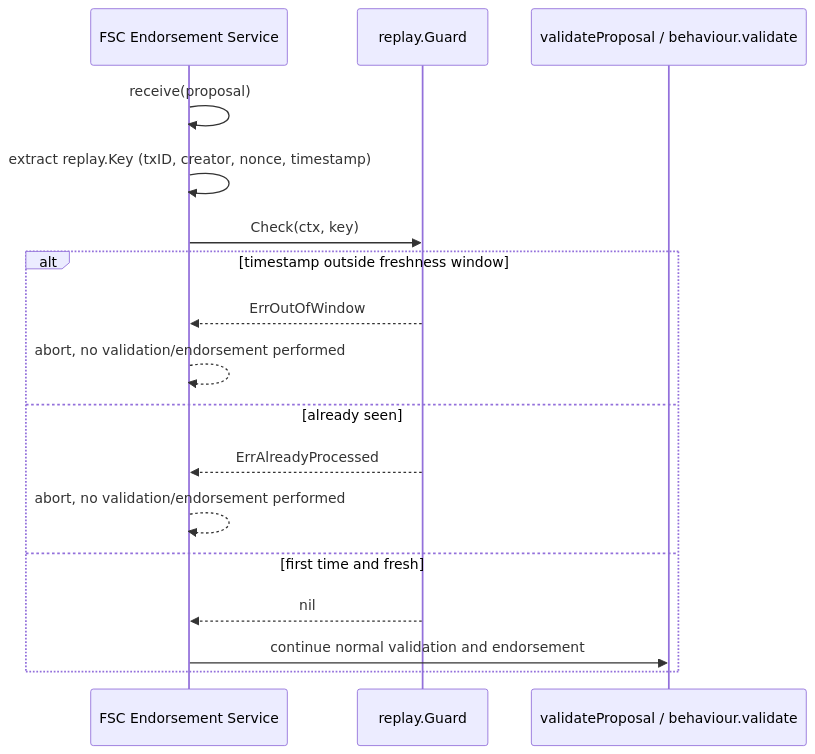
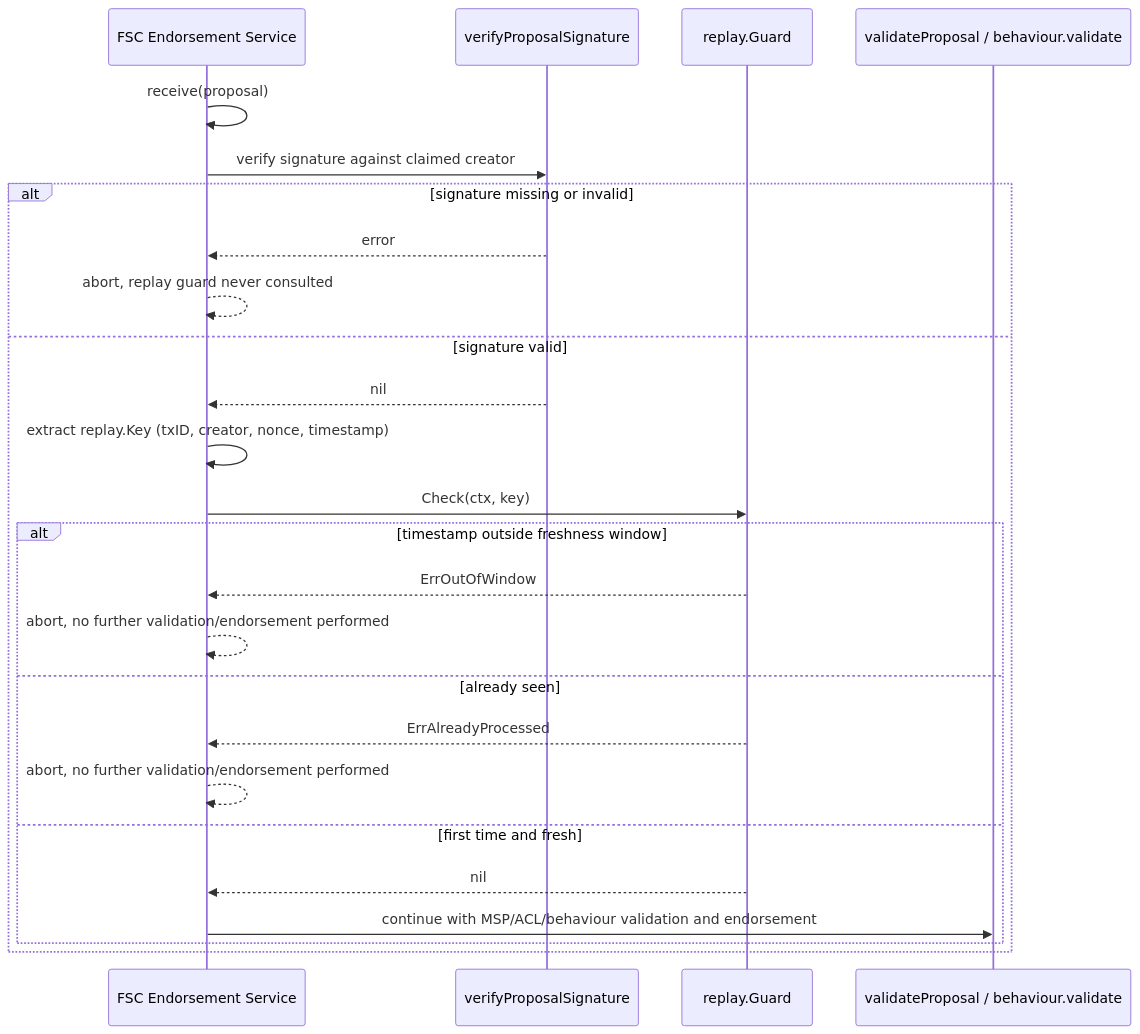
The fourth of 9 diagrams in docs/services/network-fabric.md (LFDT-Panurus/panurus), drawn with Mermaid before and after one commit. The commit also changed other lines of this file and 8 other files, not shown here.

First line of the commit message:
fix(network): verify proposal signature before replay-guard cache write

````diff
--- a/docs/services/network-fabric.md
+++ b/docs/services/network-fabric.md
@@ -264,20 +269,28 @@
 ```mermaid
 sequenceDiagram
     participant FSC as FSC Endorsement Service
+    participant Sig as verifyProposalSignature
     participant Guard as replay.Guard
     participant Val as validateProposal / behaviour.validate
 
     FSC->>FSC: receive(proposal)
-    FSC->>FSC: extract replay.Key (txID, creator, nonce, timestamp)
-    FSC->>Guard: Check(ctx, key)
-    alt timestamp outside freshness window
-        Guard-->>FSC: ErrOutOfWindow
-        FSC-->>FSC: abort, no validation/endorsement performed
-    else already seen
-        Guard-->>FSC: ErrAlreadyProcessed
-        FSC-->>FSC: abort, no validation/endorsement performed
-    else first time and fresh
-        Guard-->>FSC: nil
-        FSC->>Val: continue normal validation and endorsement
+    FSC->>Sig: verify signature against claimed creator
+    alt signature missing or invalid
+        Sig-->>FSC: error
+        FSC-->>FSC: abort, replay guard never consulted
+    else signature valid
+        Sig-->>FSC: nil
+        FSC->>FSC: extract replay.Key (txID, creator, nonce, timestamp)
+        FSC->>Guard: Check(ctx, key)
+        alt timestamp outside freshness window
+            Guard-->>FSC: ErrOutOfWindow
+            FSC-->>FSC: abort, no further validation/endorsement performed
+        else already seen
+            Guard-->>FSC: ErrAlreadyProcessed
+            FSC-->>FSC: abort, no further validation/endorsement performed
+        else first time and fresh
+            Guard-->>FSC: nil
+            FSC->>Val: continue with MSP/ACL/behaviour validation and endorsement
+        end
     end
 ```
````
